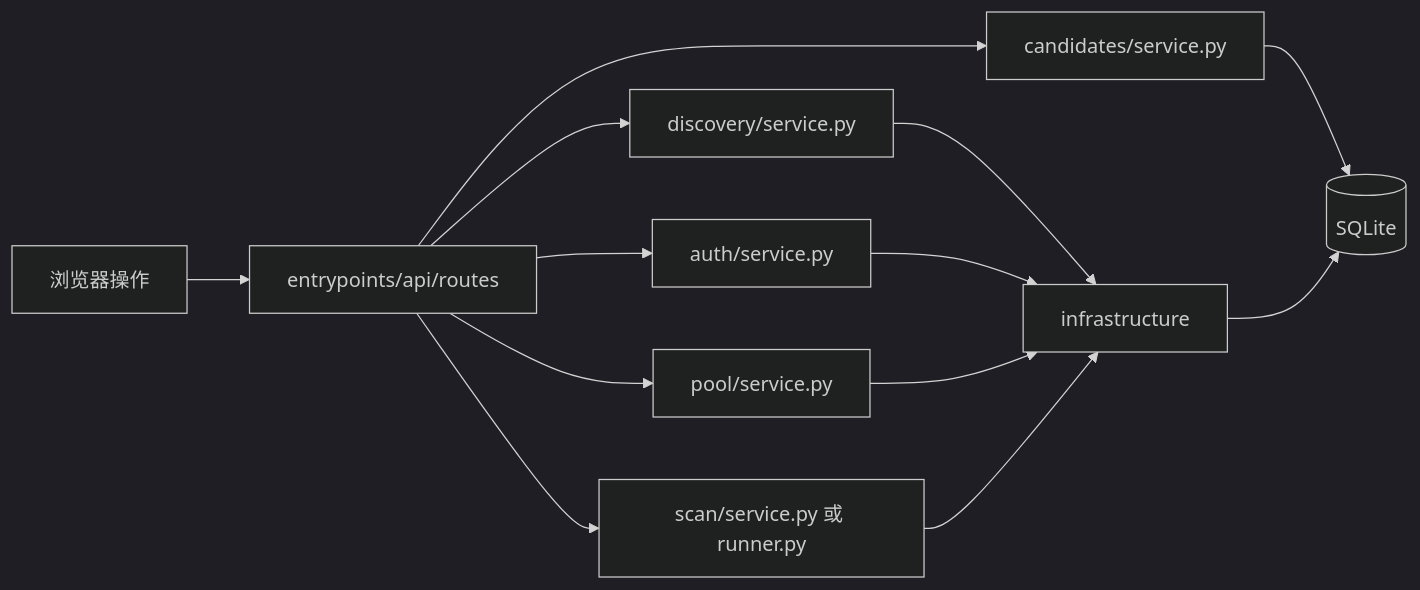
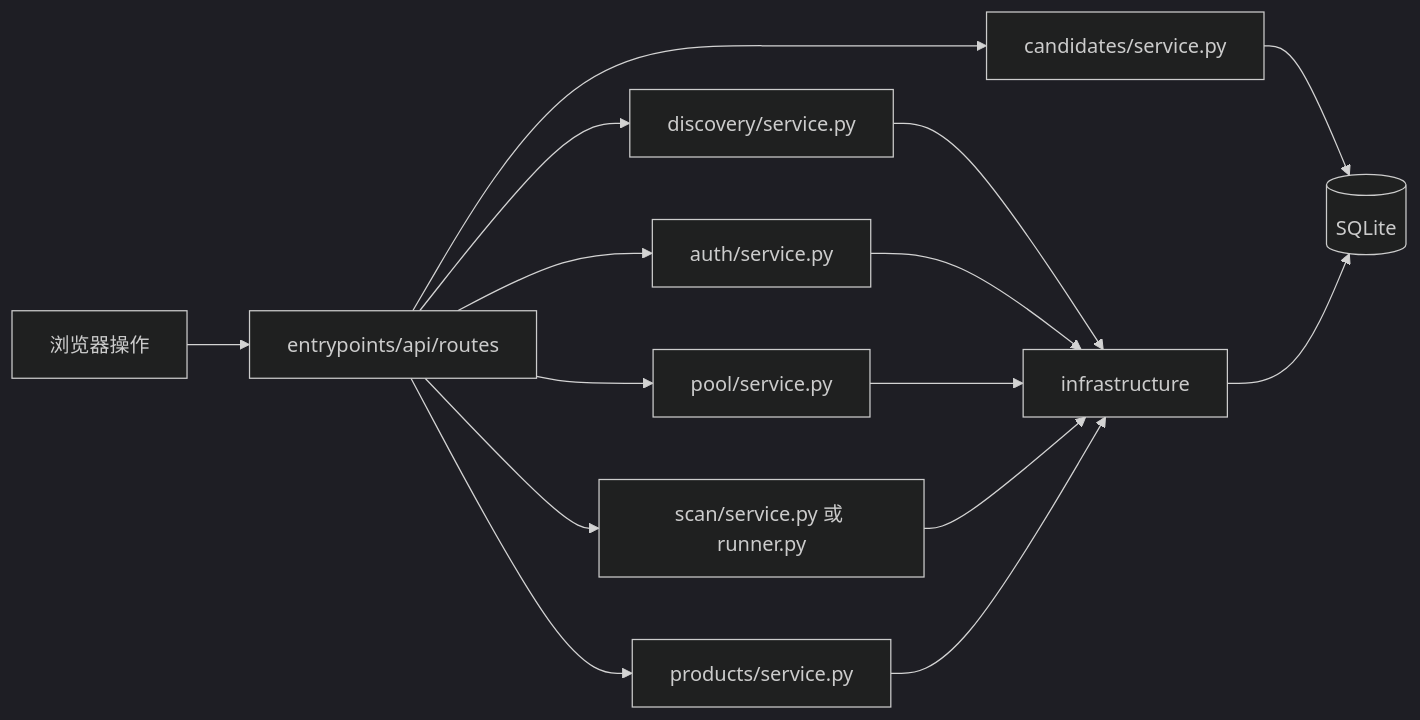
Before and after one commit to djzhhil/xianyu-radar: the diagram in docs/architecture.md, drawn with Mermaid (dark theme). The commit also changed other lines of this file and 7 other files, not shown here.

````diff
--- a/docs/architecture.md
+++ b/docs/architecture.md
@@ -79,15 +83,17 @@
 ```mermaid
 flowchart LR
   User[浏览器操作] --> API[entrypoints/api/routes]
   API --> Auth[auth/service.py]
   API --> Discover[discovery/service.py]
   API --> Pool[pool/service.py]
   API --> Scan[scan/service.py 或 runner.py]
   API --> Candidate[candidates/service.py]
+  API --> Product[products/service.py]
   Discover --> Infra[infrastructure]
   Auth --> Infra
   Pool --> Infra
   Scan --> Infra
   Candidate --> DB[(SQLite)]
+  Product --> Infra
   Infra --> DB
 ```
````
